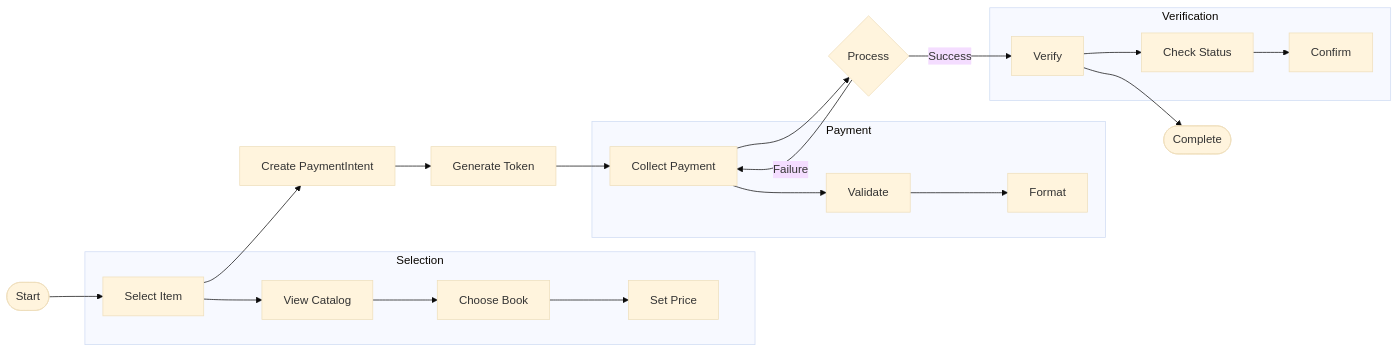
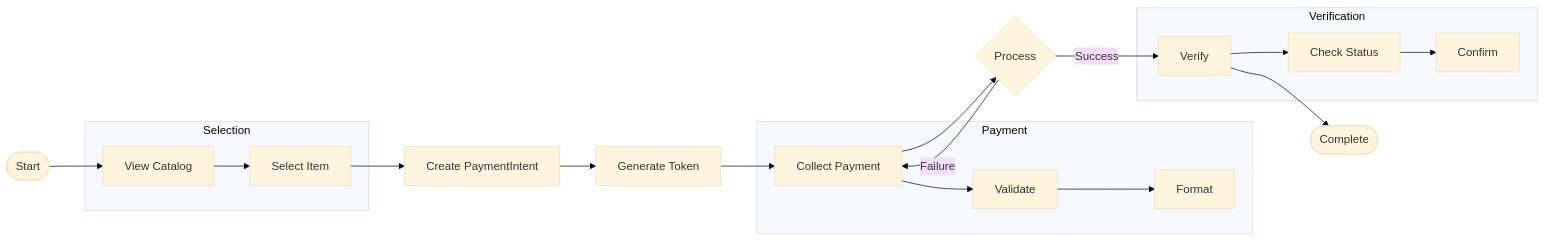
Before and after one commit to therealkevops/sa-thp-solution: the diagram in README.md, drawn with Mermaid (base theme).

Commit message:
minor edits

````diff
--- a/README.md
+++ b/README.md
@@ -65,27 +65,27 @@
 ```mermaid
 flowchart LR
-    A([Start]) --> B[Select Item]
+    A([Start]) --> B1[View Catalog]
+    B1 --> B[Select Item]
     B --> C[Create PaymentIntent]
     C --> D[Generate Token]
     D --> E[Collect Payment]
     E --> F{Process}
     F -->|Success| G[Verify]
     F -->|Failure| E
     G --> H([Complete])
 
     subgraph "Selection"
-        B --> B1[View Catalog]
-        B1 --> B2[Choose Book]
-        B2 --> B3[Set Price]
+        B1
+        B
     end
 
     subgraph "Payment"
         E --> E1[Validate]
         E1 --> E2[Format]
     end
 
     subgraph "Verification"
         G --> G1[Check Status]
         G1 --> G2[Confirm]
     end
 ```
````
